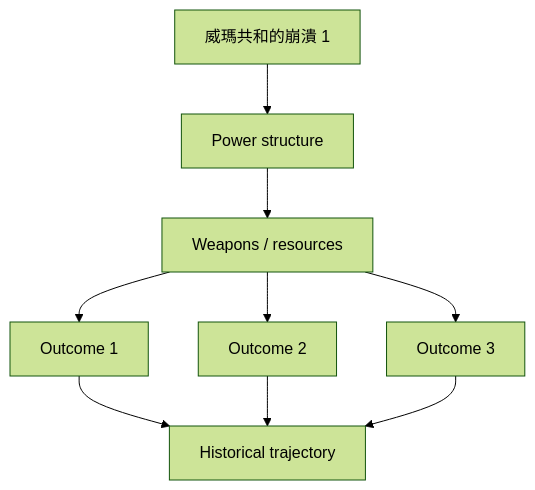
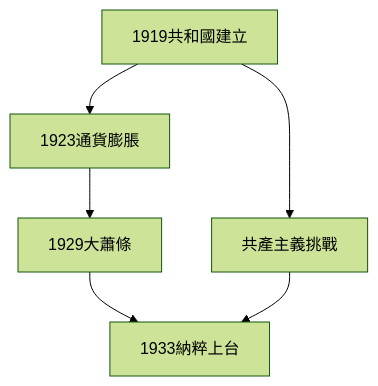
One commit to yip-lgtm/HKU-Harvard-History-Self-Study changed the third of 10 diagrams in 02_Harvard_Courses/Fall_Courses/Hist44_Germany_1848_1949.md. Above: the diagram before and after it, drawn with Mermaid (forest theme). The commit also changed other lines of this file and 65 other files, not shown here.

````diff
--- a/02_Harvard_Courses/Fall_Courses/Hist44_Germany_1848_1949.md
+++ b/02_Harvard_Courses/Fall_Courses/Hist44_Germany_1848_1949.md
@@ -185,11 +144,8 @@
 ```mermaid
 graph TD
-    A[威瑪共和的崩潰 1] --> B[Power structure]
-    B --> C[Weapons / resources]
-    C --> D[Outcome 1]
-    C --> E[Outcome 2]
-    C --> F[Outcome 3]
-    D --> G[Historical trajectory]
-    E --> G
-    F --> G
+    A[1919共和國建立] --> B[1923通貨膨脹]
+    B --> C[1929大蕭條]
+    C --> D[1933納粹上台]
+    A --> E[共產主義挑戰]
+    E --> D
 ```
````
